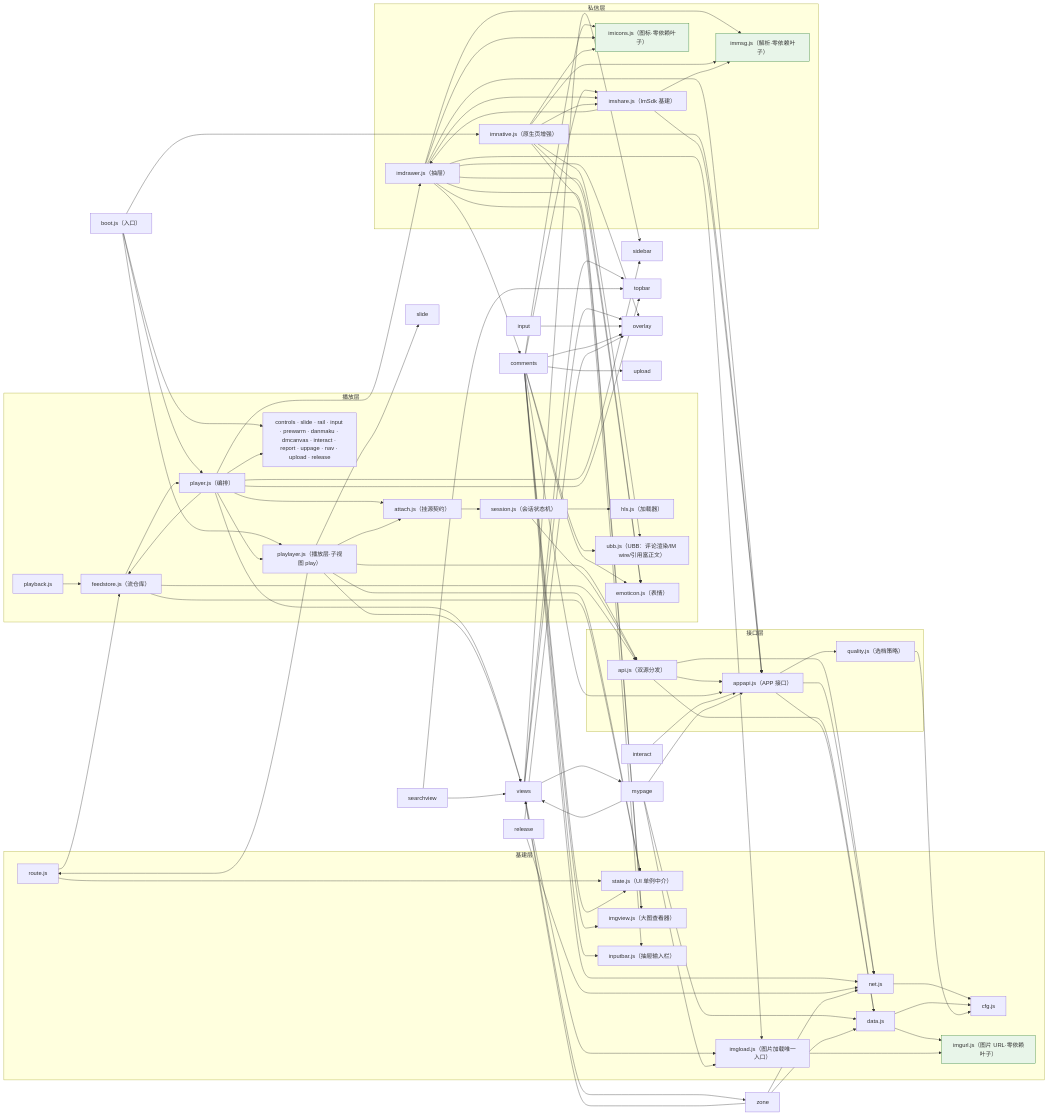
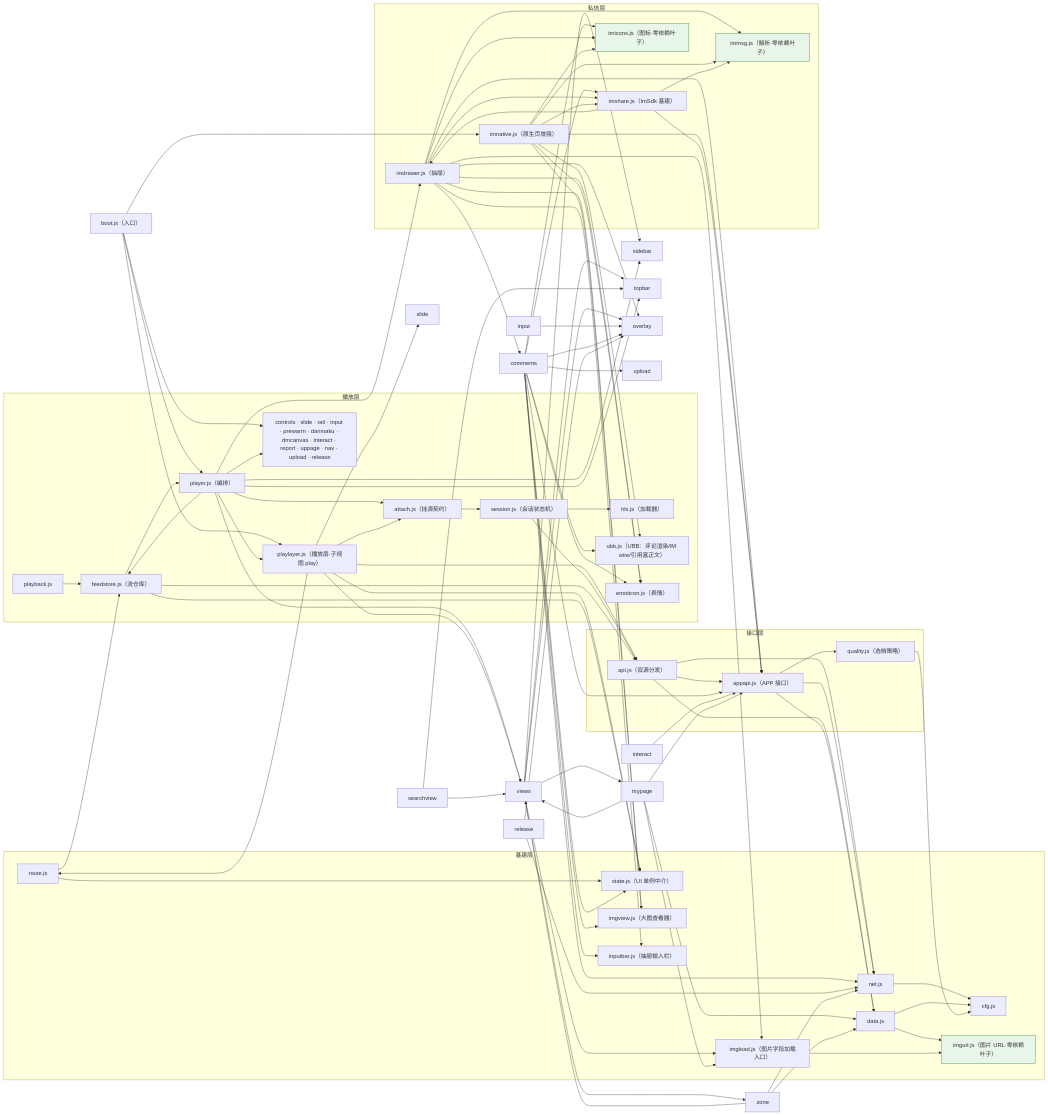
Before and after one commit to name-xxl/acfun-svfeed: the diagram in README.md, drawn with Mermaid. The commit also changed other lines of this file and 16 other files, not shown here.

First line of the commit message:
0.9.77：收口三欠账——播放层重试盒残留 / 图片入口覆盖头像面 / 死链备忘 TTL 语义（+ 我的页三修）

````diff
--- a/README.md
+++ b/README.md
@@ -1728,75 +1768,75 @@
 ```mermaid
 flowchart LR
   subgraph base["基建层"]
     cfg["cfg.js"]
     net["net.js"]
     data["data.js"]
     state["state.js（UI 单例中介）"]
     route["route.js"]
     imgview["imgview.js（大图查看器）"]
     inputbar["inputbar.js（抽屉输入栏）"]
     imgurl["imgurl.js（图片 URL·零依赖叶子）"]
-    imgload["imgload.js（图片加载唯一入口）"]
+    imgload["imgload.js（图片字段加载入口）"]
   end
 
   subgraph apilayer["接口层"]
     api["api.js（双源分发）"]
     appapi["appapi.js（APP 接口）"]
     quality["quality.js（选档策略）"]
   end
 
   subgraph play["播放层"]
     hls["hls.js（加载器）"]
     session["session.js（会话状态机）"]
     attach["attach.js（挂源契约）"]
     player["player.js（编排）"]
     feedstore["feedstore.js（流仓库）"]
     pb["playback.js"]
     ubb["ubb.js（UBB：评论渲染/IM wire/引用富正文）"]
     emoticon["emoticon.js（表情）"]
     playlayer["playlayer.js（播放层·子视图 play）"]
     others["controls · slide · rail · input · prewarm · danmaku · dmcanvas · interact · report · uppage · nav · upload · release"]
   end
 
   subgraph im["私信层"]
     imshare["imshare.js（ImSdk 基建）"]
     imdrawer["imdrawer.js（抽屉）"]
     imnative["imnative.js（原生页增强）"]
     immsg["immsg.js（解析·零依赖叶子）"]
     imicons["imicons.js（图标·零依赖叶子）"]
   end
 
   boot["boot.js（入口）"]
 
   net --> cfg
   data --> cfg & imgurl
   route --> state & feedstore
   quality --> cfg
   imgload --> imgurl
 
   api --> net & data & appapi
   appapi --> net & data & quality
 
   boot --> player & others & playlayer & imnative
   player --> attach & others & feedstore & imdrawer & views & sidebar & topbar & playlayer
   views --> sidebar & overlay & topbar & mypage & zone
   views --> imgload
   playlayer --> views & slide & attach & api & state & route
   searchview --> views & topbar
   input --> overlay
   comments --> ubb & emoticon & inputbar & imgview & appapi & net & upload & state & imicons & imshare & overlay
   attach --> session
   session --> api & hls
   pb --> feedstore
   feedstore --> api & state & player
   interact --> appapi
   release --> net & overlay
   imdrawer --> imshare & immsg & imicons & appapi & emoticon & inputbar & imgview & comments & overlay & imgload
   imnative --> immsg & imicons & appapi & imshare & emoticon & ubb & imgview
   imshare --> appapi & imdrawer & immsg
   mypage --> appapi & data & views & imgload
   zone --> net & data & views
 
   classDef leaf fill:#e8f5e9,stroke:#2e7d32;
   class immsg,imicons,imgurl leaf;
 ```
````
